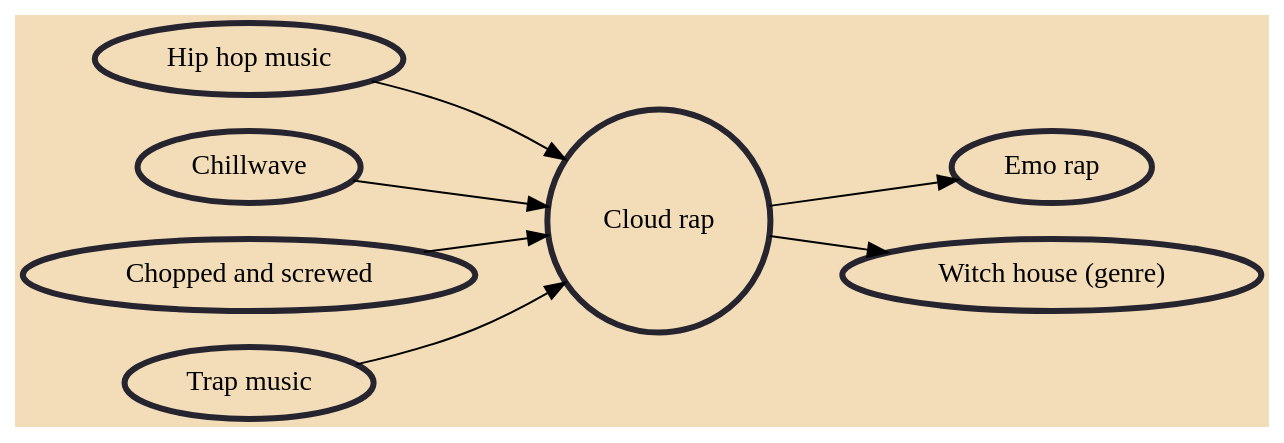
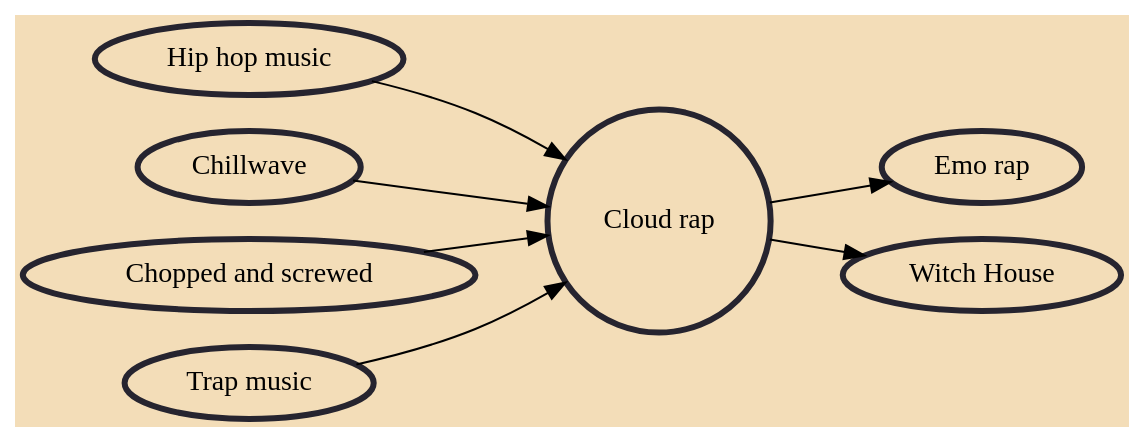
One commit to avengerpenguin/musicgenres changed the diagram in Music/Cloud rap.md. Above: the diagram before and after it, drawn with Graphviz. The commit also changed other lines of this file and 9 other files, not shown here.

Commit message:
Simplify Witch House (genre) to just Witch House

````diff
--- a/Music/Cloud rap.md
+++ b/Music/Cloud rap.md
@@ -6,19 +6,19 @@
 ```dot
 digraph {
 	graph [bgcolor="#F3DDB8" rankdir=LR]
 	node [color="#26242F" penwidth=3.0]
 	"Cloud rap" [shape=circle]
 	"Hip hop music" [URL="/hip-hop-music/"]
 	"Hip hop music" -> "Cloud rap"
 	Chillwave [URL="/chillwave/"]
 	Chillwave -> "Cloud rap"
 	"Chopped and screwed" [URL="/chopped-and-screwed/"]
 	"Chopped and screwed" -> "Cloud rap"
 	"Trap music" [URL="/trap-music/"]
 	"Trap music" -> "Cloud rap"
 	"Emo rap" [URL="/emo-rap/"]
 	"Cloud rap" -> "Emo rap"
-	"Witch house (genre)" [URL="/witch-house-genre/"]
-	"Cloud rap" -> "Witch house (genre)"
+	"Witch House" [URL="/witch-house/"]
+	"Cloud rap" -> "Witch House"
 }
 ```
````
